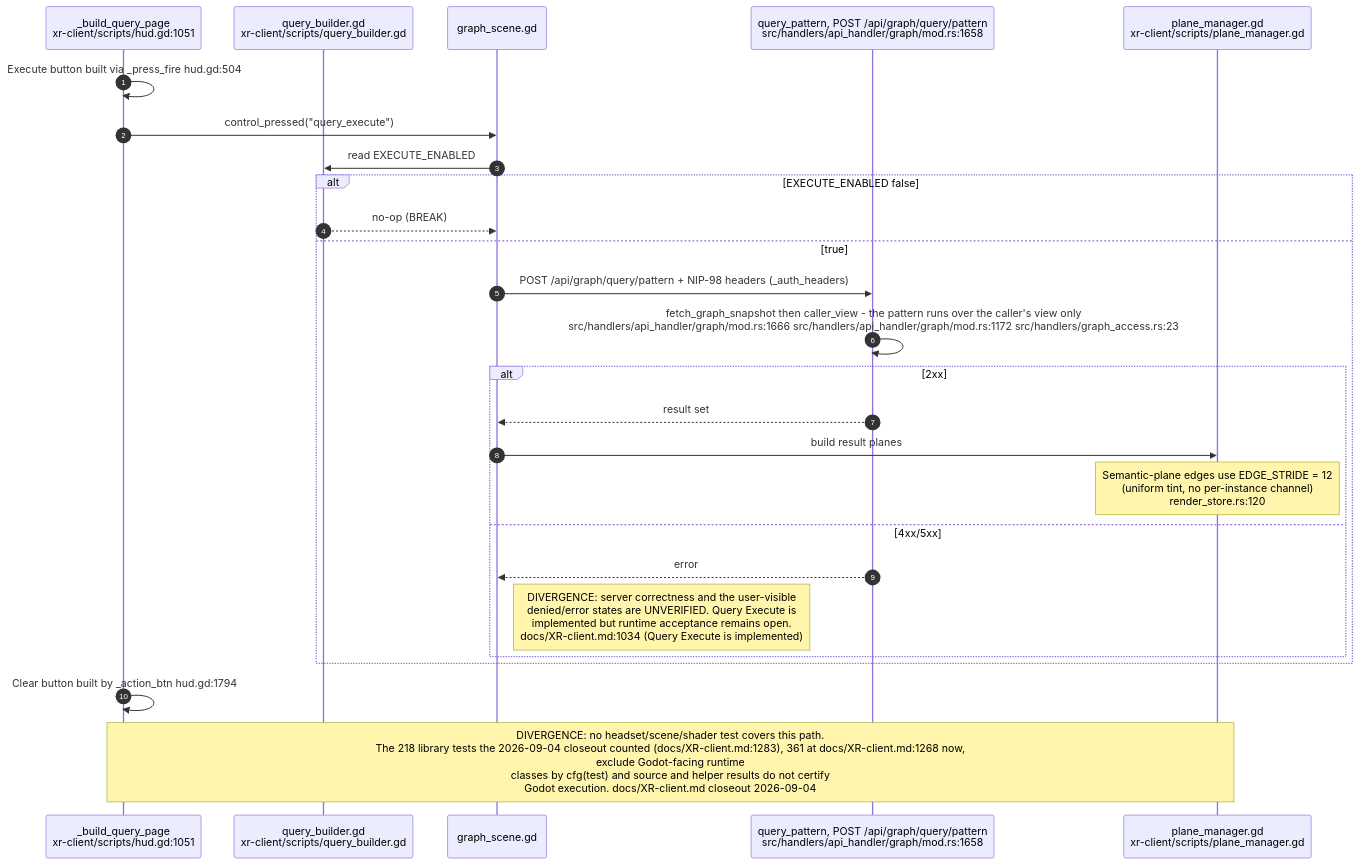
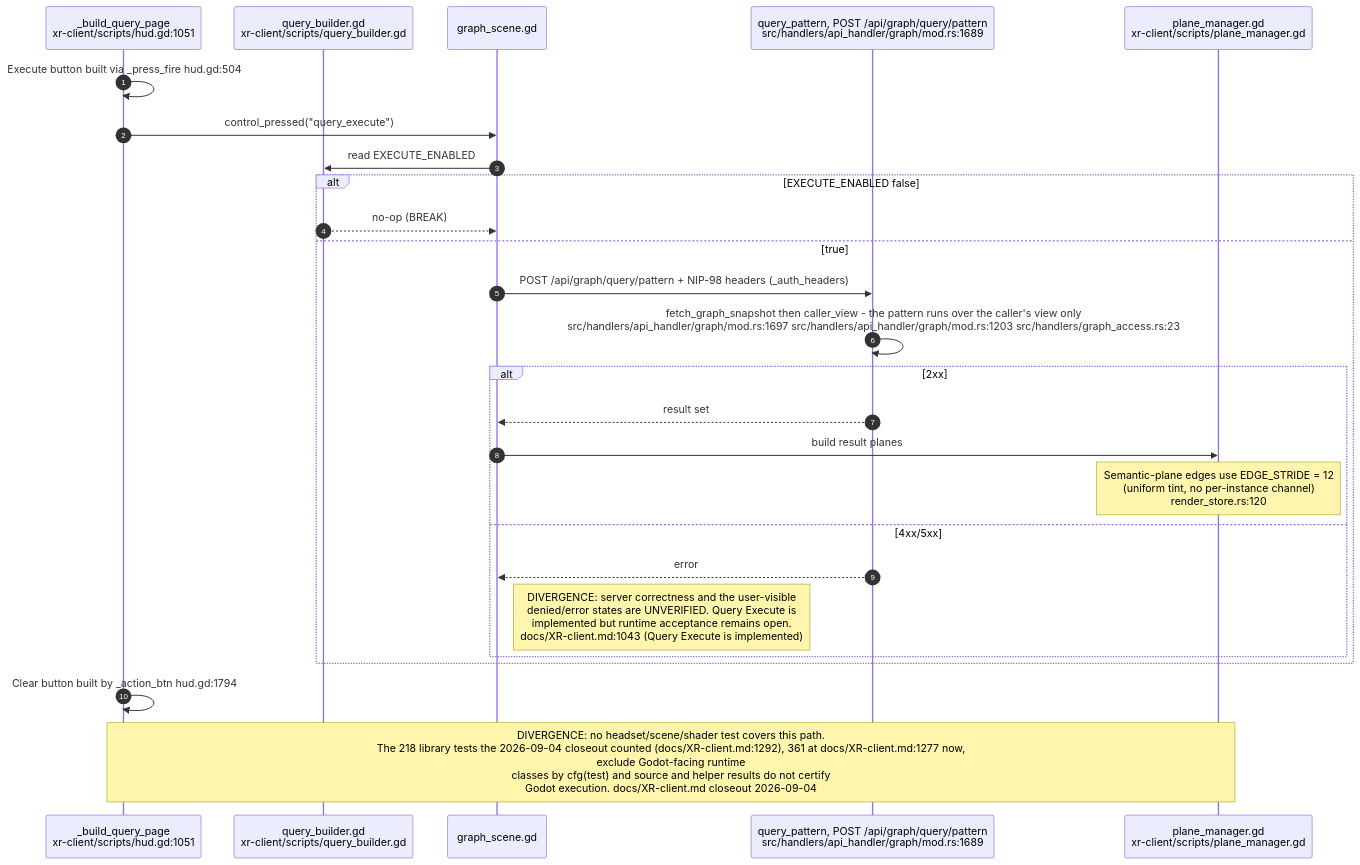
Before and after one commit to DreamLab-AI/VisionFlow: diagram 17 of 30 in docs/diagrams/visionclaw/36-godot-xr-client.md, drawn with Mermaid. The commit also changed other lines of this file and 7 other files, not shown here.

First line of the commit message:
diagrams(visionclaw): re-verify VC-34 to VC-40 and VC-42 at visionclaw 4900ec6, agentbox 59b1aca

````diff
--- a/docs/diagrams/visionclaw/36-godot-xr-client.md
+++ b/docs/diagrams/visionclaw/36-godot-xr-client.md
@@ -960,29 +960,29 @@
 ```mermaid
 sequenceDiagram
     autonumber
     participant HD as _build_query_page<br/>xr-client/scripts/hud.gd:1051
     participant QB as query_builder.gd<br/>xr-client/scripts/query_builder.gd
     participant GS as graph_scene.gd
-    participant SV as query_pattern, POST /api/graph/query/pattern<br/>src/handlers/api_handler/graph/mod.rs:1658
+    participant SV as query_pattern, POST /api/graph/query/pattern<br/>src/handlers/api_handler/graph/mod.rs:1689
     participant PM as plane_manager.gd<br/>xr-client/scripts/plane_manager.gd
 
     HD->>HD: Execute button built via _press_fire hud.gd:504
     HD->>GS: control_pressed("query_execute")
     GS->>QB: read EXECUTE_ENABLED
     alt EXECUTE_ENABLED false
         QB-->>GS: no-op (BREAK)
     else true
         GS->>SV: POST /api/graph/query/pattern + NIP-98 headers (_auth_headers)
-        SV->>SV: fetch_graph_snapshot then caller_view - the pattern runs over the caller's view only<br/>src/handlers/api_handler/graph/mod.rs:1666 src/handlers/api_handler/graph/mod.rs:1172 src/handlers/graph_access.rs:23
+        SV->>SV: fetch_graph_snapshot then caller_view - the pattern runs over the caller's view only<br/>src/handlers/api_handler/graph/mod.rs:1697 src/handlers/api_handler/graph/mod.rs:1203 src/handlers/graph_access.rs:23
         alt 2xx
             SV-->>GS: result set
             GS->>PM: build result planes
             Note over PM: Semantic-plane edges use EDGE_STRIDE = 12<br/>(uniform tint, no per-instance channel)<br/>render_store.rs:120
         else 4xx/5xx
             SV-->>GS: error
-            Note right of GS: DIVERGENCE: server correctness and the user-visible<br/>denied/error states are UNVERIFIED. Query Execute is<br/>implemented but runtime acceptance remains open.<br/>docs/XR-client.md:1034 (Query Execute is implemented)
+            Note right of GS: DIVERGENCE: server correctness and the user-visible<br/>denied/error states are UNVERIFIED. Query Execute is<br/>implemented but runtime acceptance remains open.<br/>docs/XR-client.md:1043 (Query Execute is implemented)
         end
     end
     HD->>HD: Clear button built by _action_btn hud.gd:1794
-    Note over HD,PM: DIVERGENCE: no headset/scene/shader test covers this path.<br/>The 218 library tests the 2026-09-04 closeout counted (docs/XR-client.md:1283), 361 at docs/XR-client.md:1268 now,<br/>exclude Godot-facing runtime<br/>classes by cfg(test) and source and helper results do not certify<br/>Godot execution. docs/XR-client.md closeout 2026-09-04
+    Note over HD,PM: DIVERGENCE: no headset/scene/shader test covers this path.<br/>The 218 library tests the 2026-09-04 closeout counted (docs/XR-client.md:1292), 361 at docs/XR-client.md:1277 now,<br/>exclude Godot-facing runtime<br/>classes by cfg(test) and source and helper results do not certify<br/>Godot execution. docs/XR-client.md closeout 2026-09-04
 ```
````
